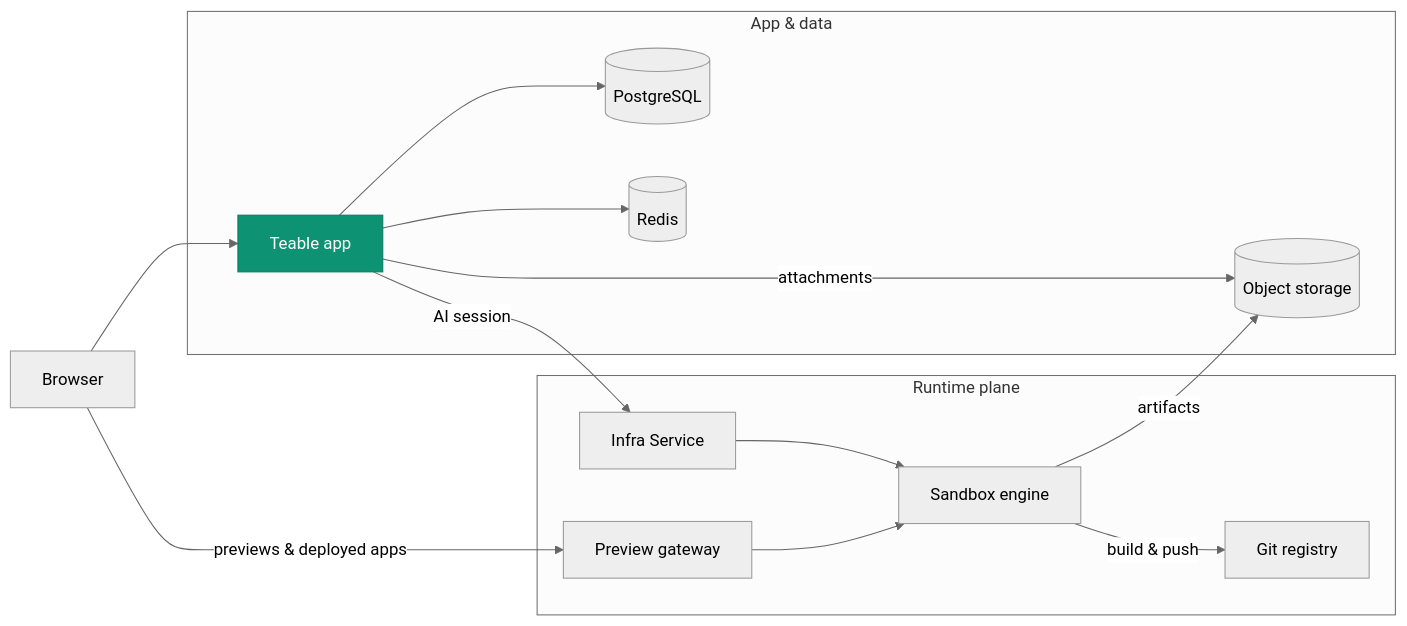
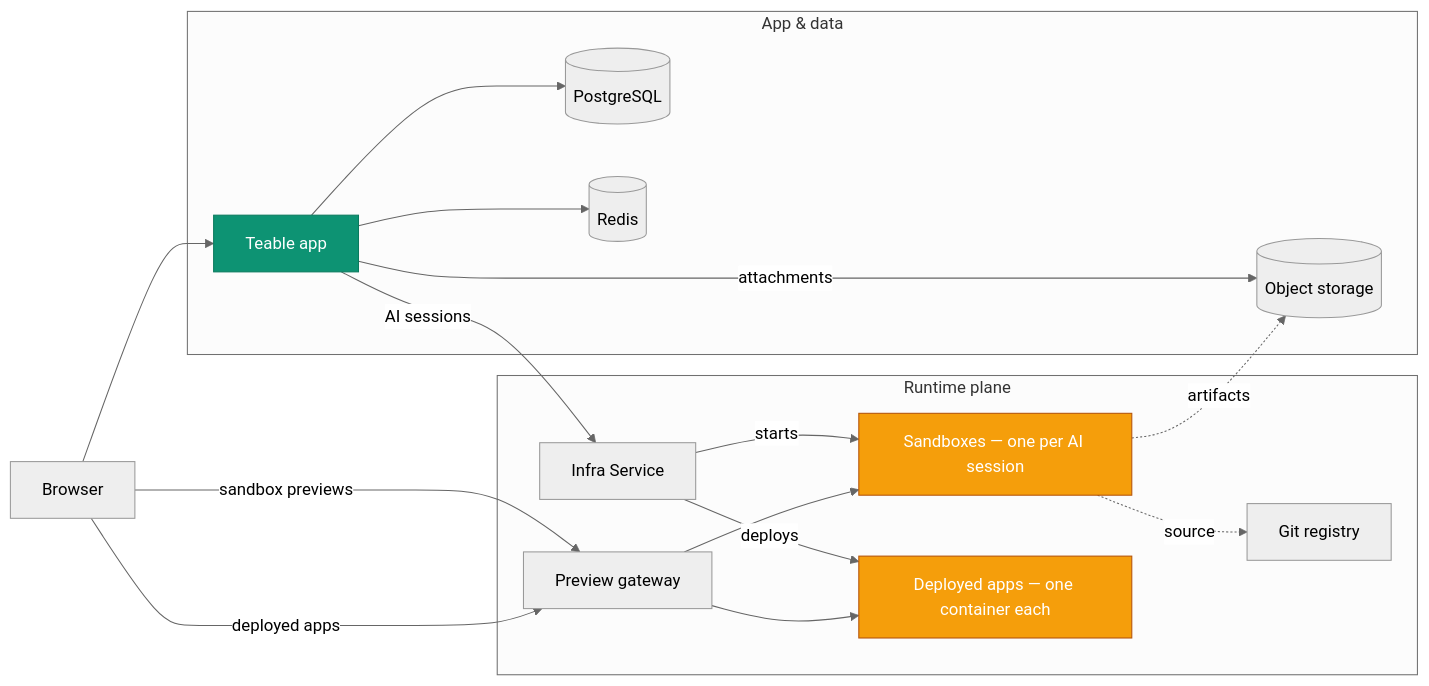
The diagram in en/deploy/architecture.mdx (teableio/docs), drawn with Mermaid (neutral theme) before and after one commit. The commit also changed other lines of this file and 1 other file, not shown here.

Commit message:
docs(self-host): recenter architecture story on the real workloads
The 'How it fits together' section was foregrounding git/artifact plumbing.
Rewrite it around what actually consumes the machine: sandboxes (one per
AI session, bursty — size by peak concurrent sessions) and deployed apps
(long-lived containers that accumulate). Git registry and object storage
become dotted supporting edges; deployed apps get their own node.

````diff
--- a/en/deploy/architecture.mdx
+++ b/en/deploy/architecture.mdx
@@ -34,26 +34,34 @@
 ```mermaid
 graph LR
+    U["Browser"]
     subgraph "App & data"
         T["Teable app"]
         P[("PostgreSQL")]
         R[("Redis")]
         S[("Object storage")]
     end
     subgraph "Runtime plane"
         I["Infra Service"]
-        E["Sandbox engine"]
+        E["Sandboxes — one per AI session"]
+        A["Deployed apps — one container each"]
         G["Git registry"]
         W["Preview gateway"]
     end
-    U["Browser"] --> T
+    U --> T
     T --> P
     T --> R
     T -- "attachments" --> S
-    T -- "AI session" --> I --> E
-    E -- "build & push" --> G
-    E -- "artifacts" --> S
-    U -- "previews & deployed apps" --> W
+    T -- "AI sessions" --> I
+    I -- "starts" --> E
+    I -- "deploys" --> A
+    E -. "source" .-> G
+    E -. "artifacts" .-> S
+    U -- "sandbox previews" --> W
+    U -- "deployed apps" --> W
     W --> E
+    W --> A
 
     style T fill:#0D9373,stroke:#0a7a5e,color:#fff
+    style E fill:#F59E0B,stroke:#b45309,color:#fff
+    style A fill:#F59E0B,stroke:#b45309,color:#fff
 ```
````
